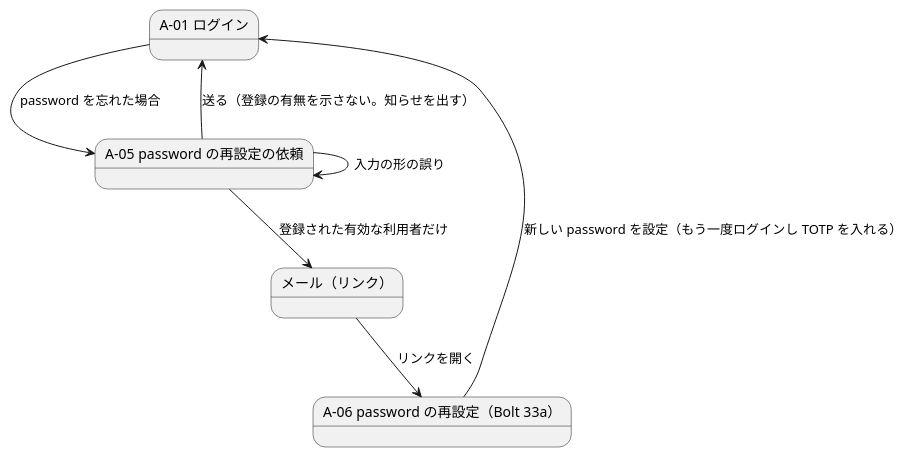
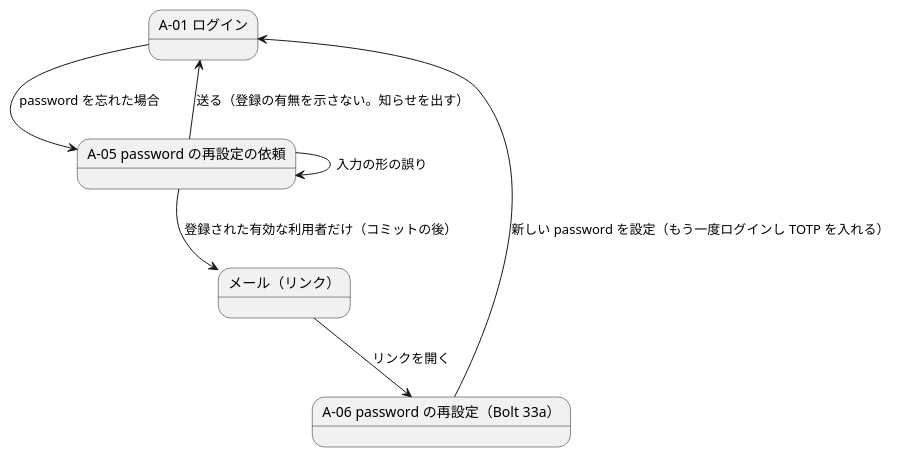
One commit to k2works/practical-domain-driven-design-in-enterpris-application changed the fifth of 5 diagrams in docs/development/cargo-tracker/bolt_33_plan.md. Above: the diagram before and after it, drawn with PlantUML. The commit also changed other lines of this file and 2 other files, not shown here.

````diff
--- a/docs/development/cargo-tracker/bolt_33_plan.md
+++ b/docs/development/cargo-tracker/bolt_33_plan.md
@@ -200,14 +233,14 @@
 ```plantuml
 @startuml
 state "A-01 ログイン" as a01
 state "A-05 password の再設定の依頼" as a05
 state "メール（リンク）" as mail
 state "A-06 password の再設定（Bolt 33a）" as a06
 a01 --> a05 : password を忘れた場合
 a05 --> a05 : 入力の形の誤り
 a05 --> a01 : 送る（登録の有無を示さない。知らせを出す）
-a05 --> mail : 登録された有効な利用者だけ
+a05 --> mail : 登録された有効な利用者だけ（コミットの後）
 mail --> a06 : リンクを開く
 a06 --> a01 : 新しい password を設定（もう一度ログインし TOTP を入れる）
 @enduml
 ```
````
